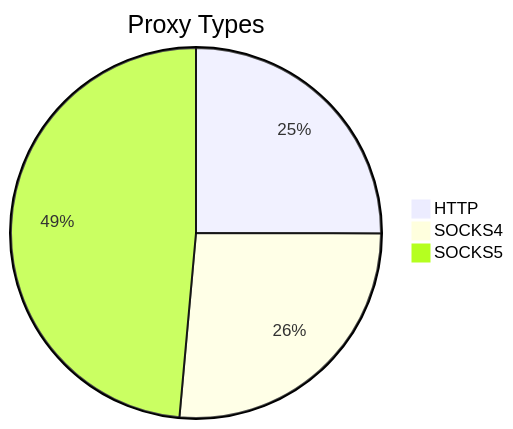
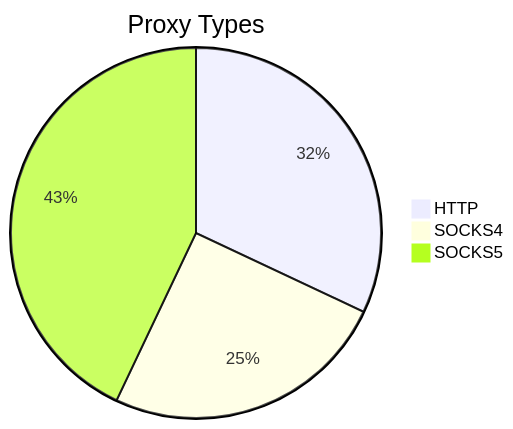
Before and after one commit to stormsia/proxy-list: the first of 2 diagrams in README.md, drawn with Mermaid. The commit also changed other lines of this file, not shown here.

````diff
--- a/README.md
+++ b/README.md
@@ -21,6 +21,6 @@
 ```mermaid
 pie title Proxy Types
-    "HTTP" : 149
-    "SOCKS4" : 157
-    "SOCKS5" : 289
+    "HTTP" : 152
+    "SOCKS4" : 119
+    "SOCKS5" : 204
 ```
````
